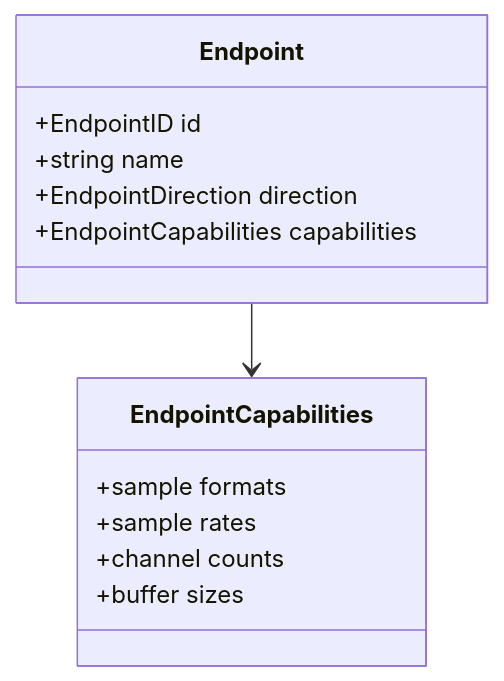
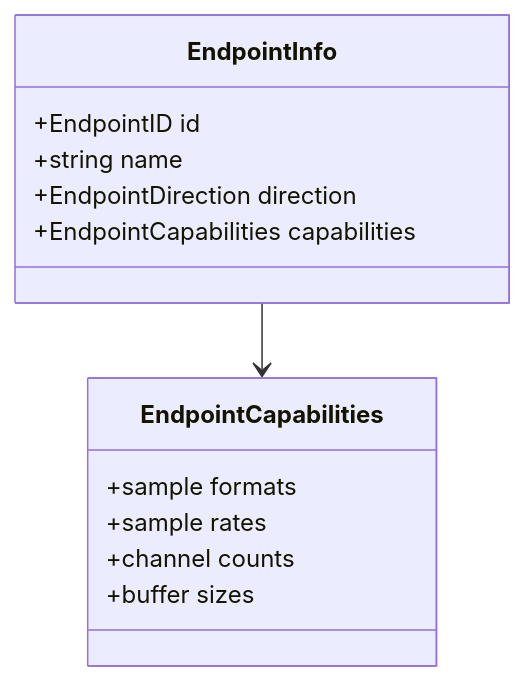
The third of 22 diagrams in README.md (Mika-42/core-audio), drawn with Mermaid before and after one commit. The commit also changed other lines of this file and 10 other files, not shown here.

````diff
--- a/README.md
+++ b/README.md
@@ -123,18 +123,18 @@
 ```mermaid
 classDiagram
-    class Endpoint {
+    class EndpointInfo {
         +EndpointID id
         +string name
         +EndpointDirection direction
         +EndpointCapabilities capabilities
     }
 
     class EndpointCapabilities {
         +sample formats
         +sample rates
         +channel counts
         +buffer sizes
     }
 
-    Endpoint --> EndpointCapabilities
+    EndpointInfo --> EndpointCapabilities
 ```
````
